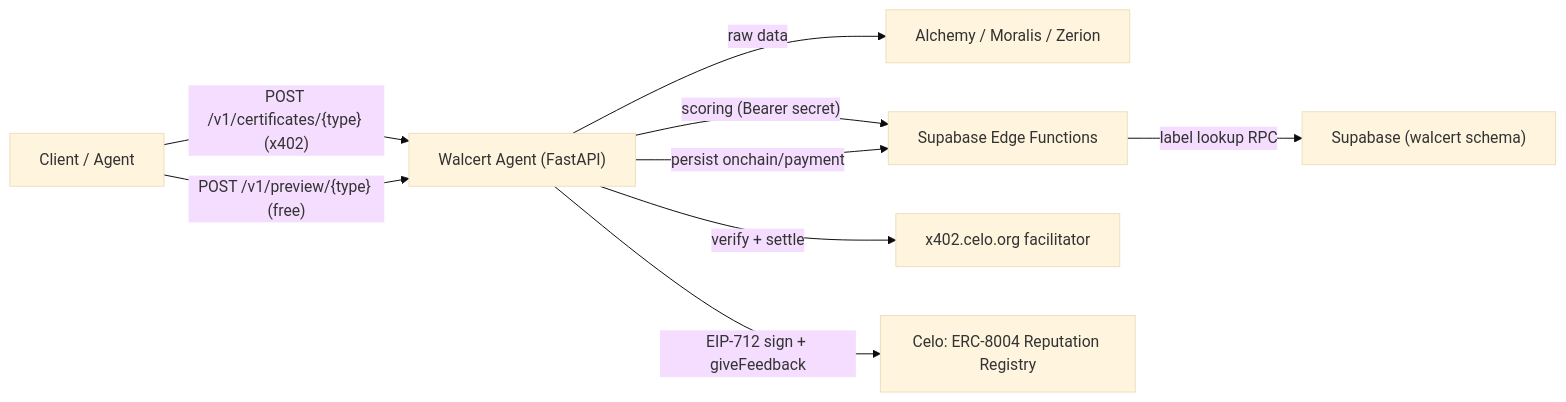
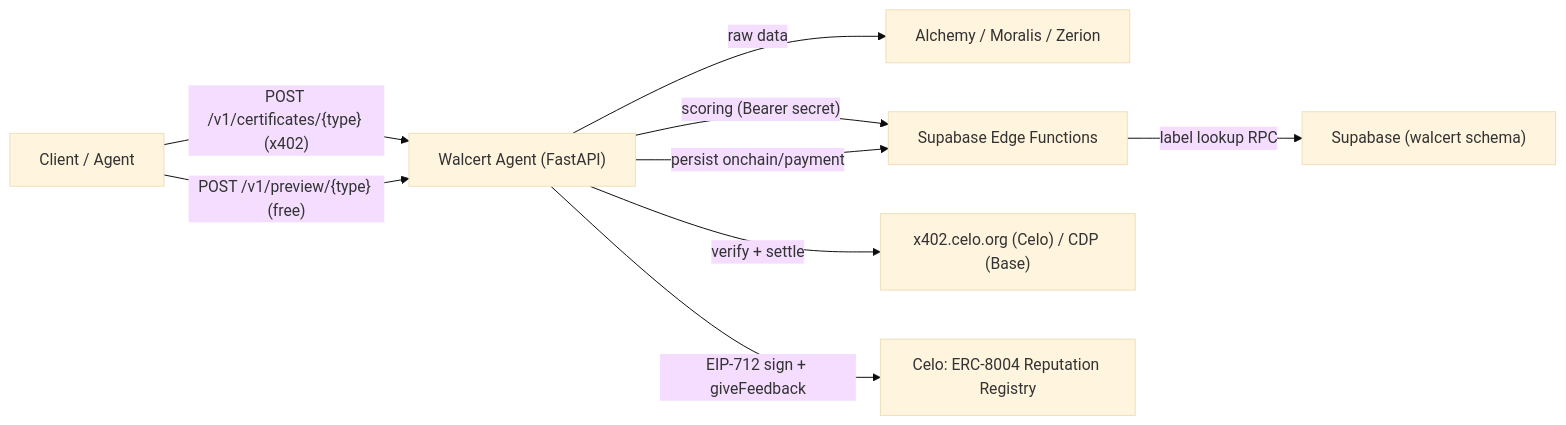
Before and after one commit to GlobalScoreAgent/walcert-agent: the diagram in docs/deployment-guide.md, drawn with Mermaid (base theme). The commit also changed other lines of this file and 16 other files, not shown here.

First line of the commit message:
Accept x402 payments on Base alongside Celo.

````diff
--- a/docs/deployment-guide.md
+++ b/docs/deployment-guide.md
@@ -18,11 +18,11 @@
 ```mermaid
 flowchart LR
   Client["Client / Agent"] -->|"POST /v1/certificates/{type} (x402)"| Agent["Walcert Agent (FastAPI)"]
   Client -->|"POST /v1/preview/{type} (free)"| Agent
   Agent -->|"raw data"| Providers["Alchemy / Moralis / Zerion"]
   Agent -->|"scoring (Bearer secret)"| Edge["Supabase Edge Functions"]
   Edge -->|"label lookup RPC"| DB["Supabase (walcert schema)"]
-  Agent -->|"verify + settle"| Facilitator["x402.celo.org facilitator"]
+  Agent -->|"verify + settle"| Facilitator["x402.celo.org (Celo) / CDP (Base)"]
   Agent -->|"EIP-712 sign + giveFeedback"| Celo["Celo: ERC-8004 Reputation Registry"]
   Agent -->|"persist onchain/payment"| Edge
 ```
````
